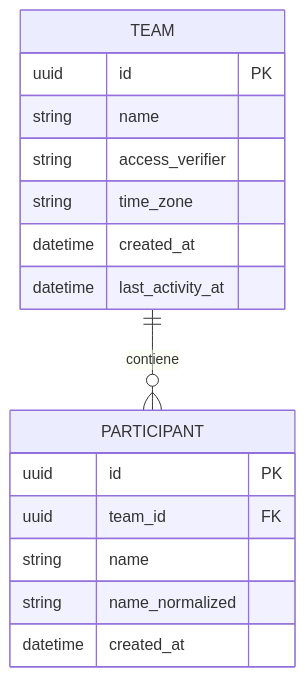
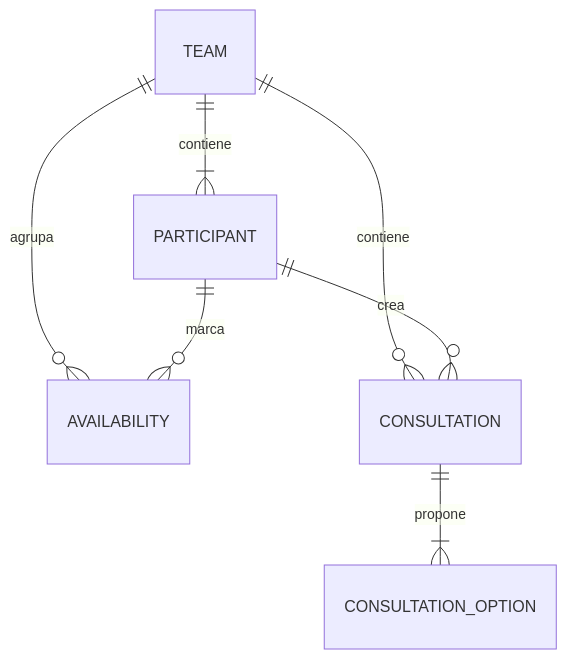
One commit to franciscoferrandez/SynqoApp changed the second of 2 diagrams in doc/architecture/api.md. Above: the diagram before and after it, drawn with Mermaid. The commit also changed other lines of this file and 7 other files, not shown here.

````diff
--- a/doc/architecture/api.md
+++ b/doc/architecture/api.md
@@ -40,19 +39,9 @@
 ```mermaid
 erDiagram
-    TEAM ||--o{ PARTICIPANT : contiene
-    TEAM {
-        uuid id PK
-        string name
-        string access_verifier
-        string time_zone
-        datetime created_at
-        datetime last_activity_at
-    }
-    PARTICIPANT {
-        uuid id PK
-        uuid team_id FK
-        string name
-        string name_normalized
-        datetime created_at
-    }
+    TEAM ||--|{ PARTICIPANT : contiene
+    TEAM ||--o{ AVAILABILITY : agrupa
+    PARTICIPANT ||--o{ AVAILABILITY : marca
+    TEAM ||--o{ CONSULTATION : contiene
+    PARTICIPANT ||--o{ CONSULTATION : crea
+    CONSULTATION ||--|{ CONSULTATION_OPTION : propone
 ```
````
